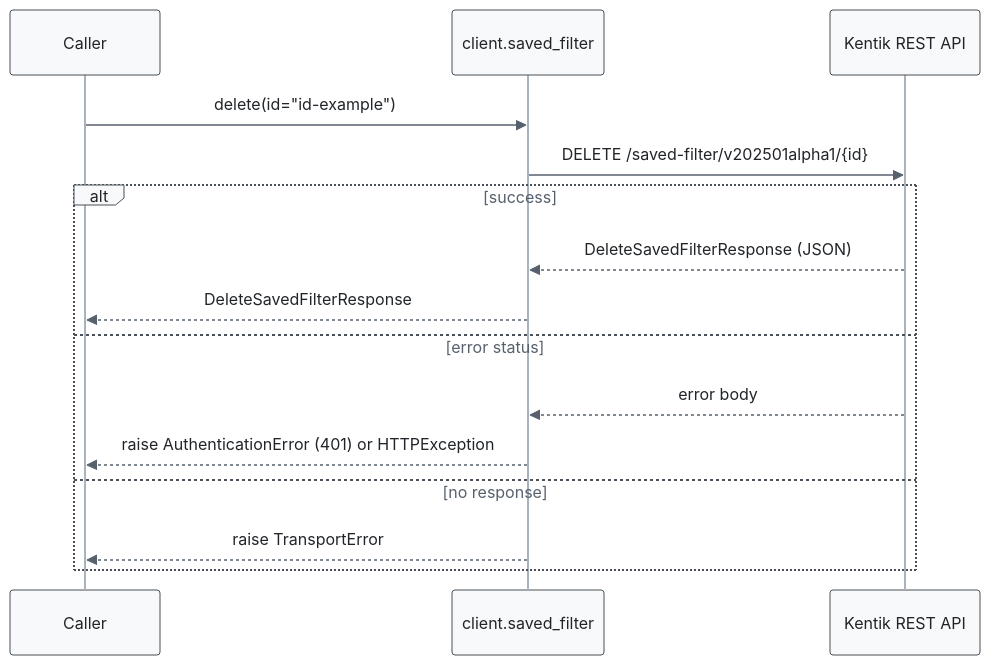
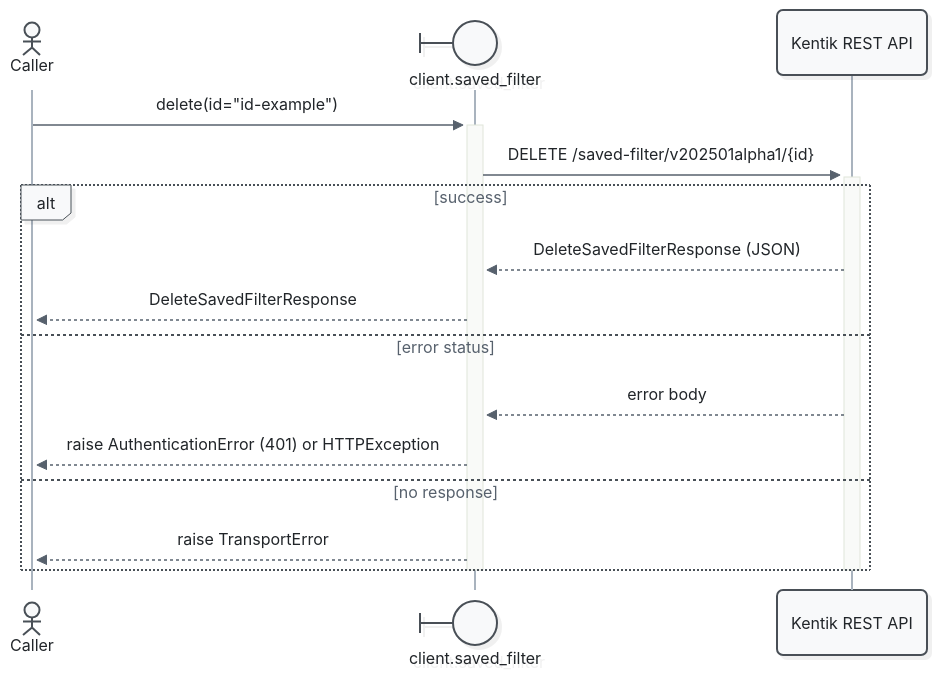
Before and after one commit to alexdearaujo/community_sdk_python: the seventh of 13 diagrams in docs/sphinx/services/saved_filter.md, drawn with Mermaid. The commit also changed other lines of this file and 52 other files, not shown here.

First line of the commit message:
docs: Mermaid 12 sequence diagrams with participant types and path colors

````diff
--- a/docs/sphinx/services/saved_filter.md
+++ b/docs/sphinx/services/saved_filter.md
@@ -271,19 +286,21 @@
 ```mermaid
-%%{init: {"theme": "base", "fontFamily": "ui-monospace, SFMono-Regular, Menlo, monospace", "themeVariables": {"fontFamily": "ui-monospace, SFMono-Regular, Menlo, monospace", "primaryColor": "#f8f9fa", "primaryBorderColor": "#495057", "primaryTextColor": "#212529", "textColor": "#212529", "lineColor": "#77818c", "edgeLabelBackground": "#ffffff", "actorBkg": "#f8f9fa", "actorBorder": "#495057", "actorTextColor": "#212529", "actorLineColor": "#a9b3be", "signalColor": "#57616d", "signalTextColor": "#212529", "labelBoxBkgColor": "#f8f9fa", "labelBoxBorderColor": "#495057", "labelTextColor": "#212529", "loopTextColor": "#57616d", "noteBkgColor": "#fff9db", "noteBorderColor": "#f08c00", "noteTextColor": "#a35a00"}, "flowchart": {"curve": "step", "nodeSpacing": 30, "rankSpacing": 70, "wrappingWidth": 400}}}%%
+%%{init: {"theme": "redux", "look": "neo", "layout": "dagre", "fontFamily": "ui-monospace, SFMono-Regular, Menlo, monospace", "themeVariables": {"fontFamily": "ui-monospace, SFMono-Regular, Menlo, monospace", "primaryColor": "#f8f9fa", "primaryBorderColor": "#495057", "primaryTextColor": "#212529", "textColor": "#212529", "lineColor": "#77818c", "edgeLabelBackground": "#ffffff", "actorBkg": "#f8f9fa", "actorBorder": "#495057", "actorTextColor": "#212529", "actorLineColor": "#a9b3be", "signalColor": "#57616d", "signalTextColor": "#212529", "labelBoxBkgColor": "#f8f9fa", "labelBoxBorderColor": "#495057", "labelTextColor": "#212529", "loopTextColor": "#57616d", "noteBkgColor": "#fff9db", "noteBorderColor": "#f08c00", "noteTextColor": "#a35a00"}, "sequence": {"activationWidth": 16}, "flowchart": {"curve": "step", "nodeSpacing": 30, "rankSpacing": 70, "wrappingWidth": 400}}}%%
 sequenceDiagram
-    participant C as Caller
-    participant W as client.saved_filter
+    actor C as Caller
+    participant W@{ "type": "boundary" } as client.saved_filter
     participant API as Kentik REST API
 
-    C->>W: delete(id="id-example")
-    W->>API: DELETE /saved-filter/v202501alpha1/{id}
+    C->>+W: delete(id="id-example")
+    W->>+API: DELETE /saved-filter/v202501alpha1/{id}
     alt success
         API-->>W: DeleteSavedFilterResponse (JSON)
         W-->>C: DeleteSavedFilterResponse
     else error status
         API-->>W: error body
         W-->>C: raise AuthenticationError (401) or HTTPException
     else no response
         W-->>C: raise TransportError
     end
+    deactivate API
+    deactivate W
 ```
````
